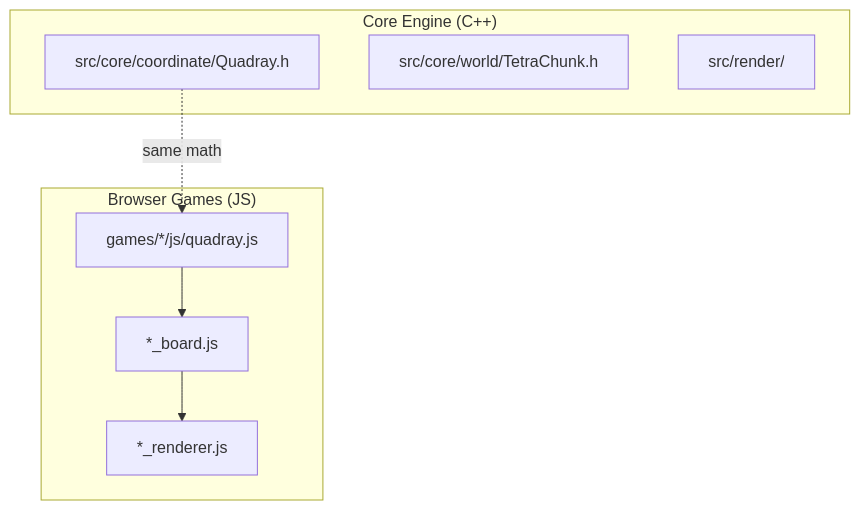
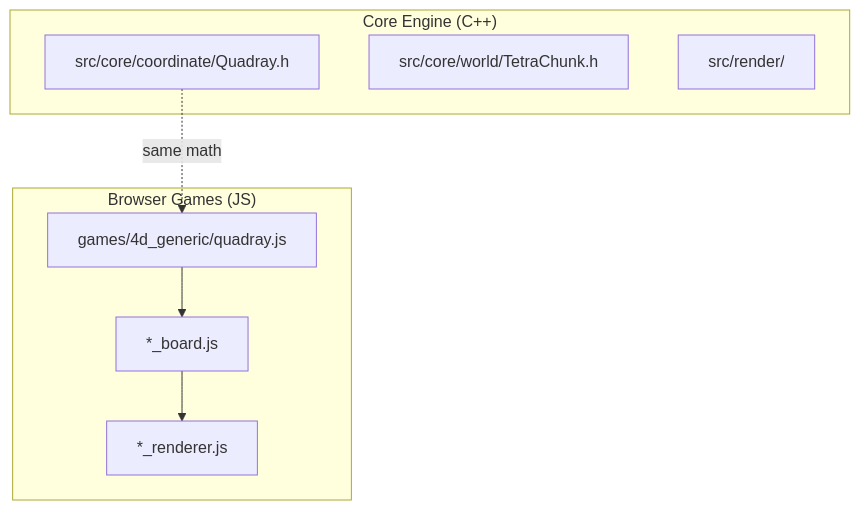
One commit to docxology/QuadCraft changed the diagram in docs/games.md. Above: the diagram before and after it, drawn with Mermaid. The commit also changed other lines of this file and 107 other files, not shown here.

````diff
--- a/docs/games.md
+++ b/docs/games.md
@@ -110,18 +91,18 @@
 ```mermaid
 flowchart TD
     subgraph "Core Engine (C++)"
         Quadray_h["src/core/coordinate/Quadray.h"]
         TetraChunk["src/core/world/TetraChunk.h"]
         Renderer["src/render/"]
     end
 
     subgraph "Browser Games (JS)"
-        quadray_js["games/*/js/quadray.js"]
+        quadray_js["games/4d_generic/quadray.js"]
         game_board["*_board.js"]
         game_renderer["*_renderer.js"]
     end
 
     Quadray_h -.->|"same math"| quadray_js
     quadray_js --> game_board
     game_board --> game_renderer
 ```
````
